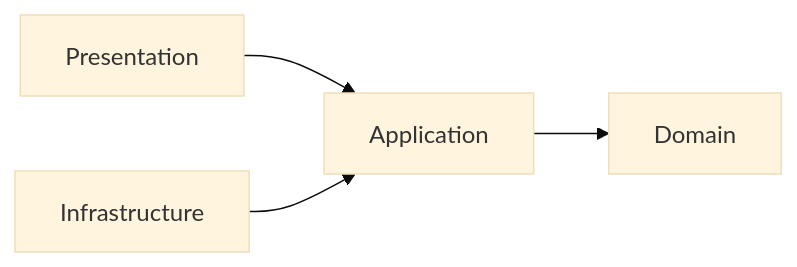
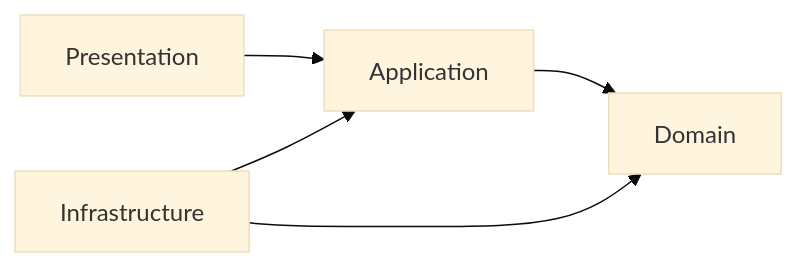
One commit to razbuild/raztodo changed the first of 2 diagrams in docs/ARCHITECTURE.md. Above: the diagram before and after it, drawn with Mermaid (base theme). The commit also changed other lines of this file and 58 other files, not shown here.

````diff
--- a/docs/ARCHITECTURE.md
+++ b/docs/ARCHITECTURE.md
@@ -26,6 +28,7 @@
 ```mermaid
 flowchart LR
     Presentation --> Application
+    Infrastructure --> Application
     Application --> Domain
-    Infrastructure --> Application
+    Infrastructure --> Domain
 ```
````
